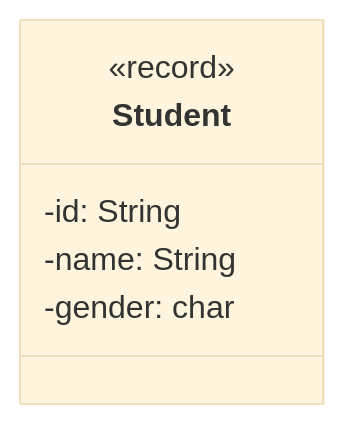
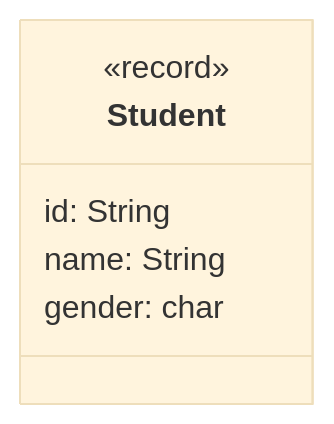
Before and after one commit to jappuccini/java-docs: the diagram in docs/exercises/io-streams/io-streams01.md, drawn with Mermaid (base theme). The commit also changed 33 other files, not shown here.

````diff
--- a/docs/exercises/io-streams/io-streams01.md
+++ b/docs/exercises/io-streams/io-streams01.md
@@ -13,9 +13,9 @@
 ```mermaid
 classDiagram
     class Student {
         <<record>>
-        -id: String
-        -name: String
-        -gender: char
+        id: String
+        name: String
+        gender: char
     }
 ```
````
